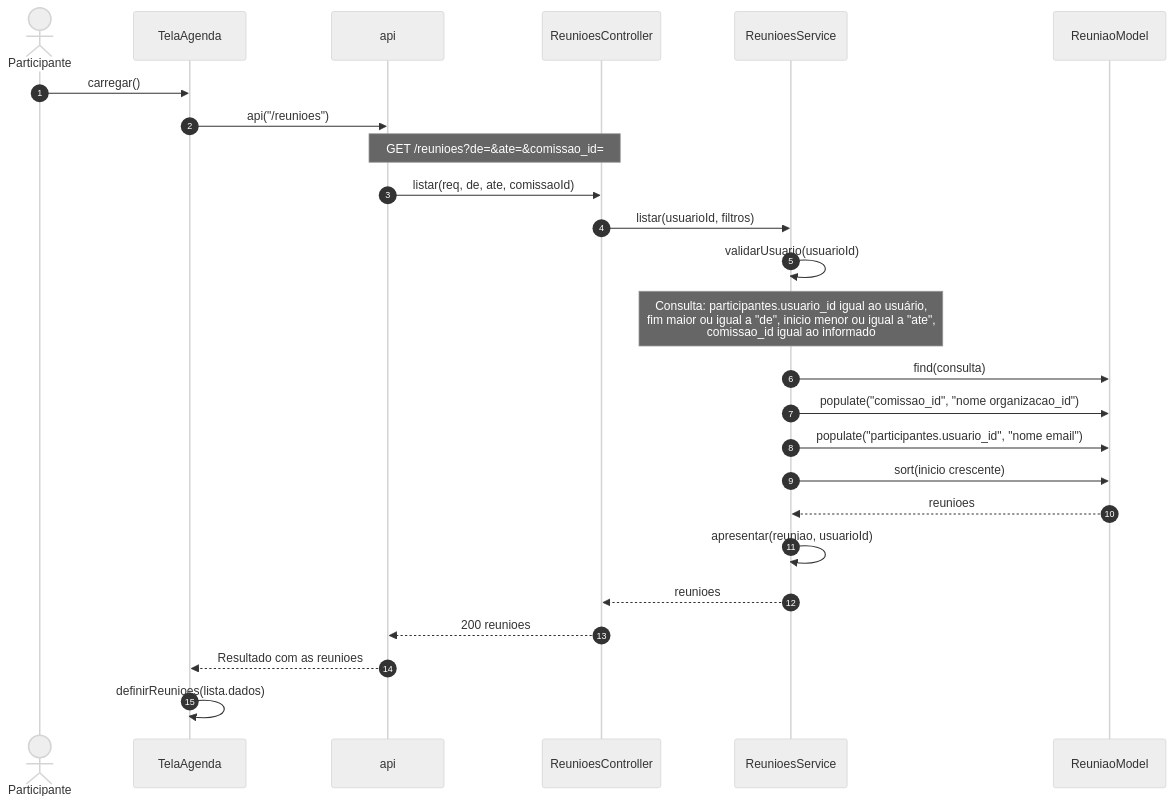
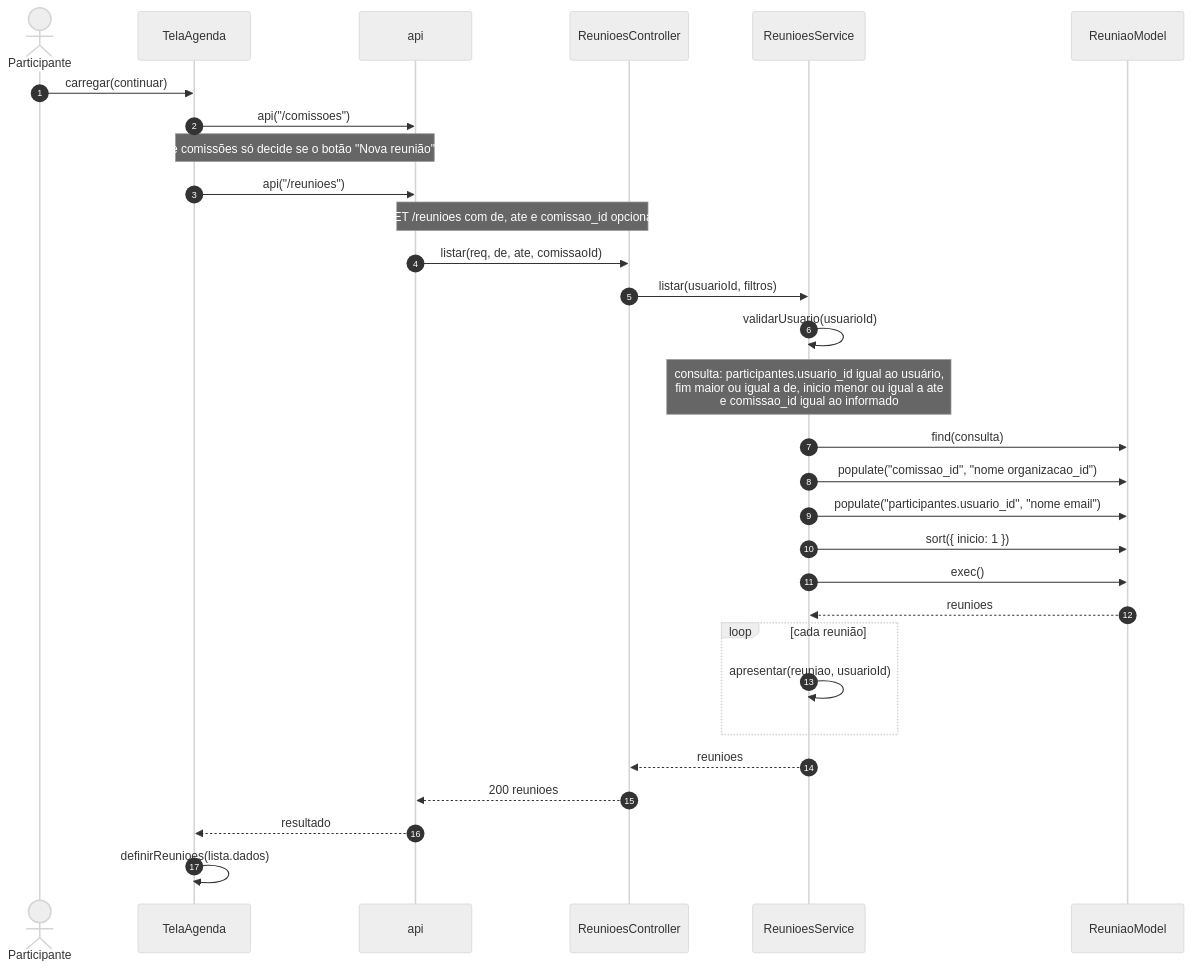
One commit to Conecta-IFSP/DOCUMENTATION changed the second of 20 diagrams in 3 - Incremento2/reunioes/6 - diagramas-sequencia-reunioes.md. Above: the diagram before and after it, drawn with Mermaid (neutral theme). The commit also changed other lines of this file and 10 other files, not shown here.

````diff
--- a/3 - Incremento2/reunioes/6 - diagramas-sequencia-reunioes.md
+++ b/3 - Incremento2/reunioes/6 - diagramas-sequencia-reunioes.md
@@ -51,27 +62,32 @@
 ```mermaid
 sequenceDiagram
     autonumber
     actor U as Participante
     participant T as TelaAgenda
     participant A as api
     participant C as ReunioesController
     participant S as ReunioesService
     participant M as ReuniaoModel
-    U->>T: carregar()
+    U->>T: carregar(continuar)
+    T->>A: api("/comissoes")
+    Note over T,A: A lista de comissões só decide se o botão "Nova reunião" aparece
     T->>A: api("/reunioes")
-    Note over A,C: GET /reunioes?de=&ate=&comissao_id=
+    Note over A,C: GET /reunioes com de, ate e comissao_id opcionais
     A->>C: listar(req, de, ate, comissaoId)
     C->>S: listar(usuarioId, filtros)
     S->>S: validarUsuario(usuarioId)
-    Note over S: Consulta: participantes.usuario_id igual ao usuário,<br/>fim maior ou igual a "de", inicio menor ou igual a "ate",<br/>comissao_id igual ao informado
+    Note over S: consulta: participantes.usuario_id igual ao usuário,<br/>fim maior ou igual a de, inicio menor ou igual a ate<br/>e comissao_id igual ao informado
     S->>M: find(consulta)
     S->>M: populate("comissao_id", "nome organizacao_id")
     S->>M: populate("participantes.usuario_id", "nome email")
-    S->>M: sort(inicio crescente)
+    S->>M: sort({ inicio: 1 })
+    S->>M: exec()
     M-->>S: reunioes
-    S->>S: apresentar(reuniao, usuarioId)
+    loop cada reunião
+        S->>S: apresentar(reuniao, usuarioId)
+    end
     S-->>C: reunioes
     C-->>A: 200 reunioes
-    A-->>T: Resultado com as reunioes
+    A-->>T: resultado
     T->>T: definirReunioes(lista.dados)
 ```
````
